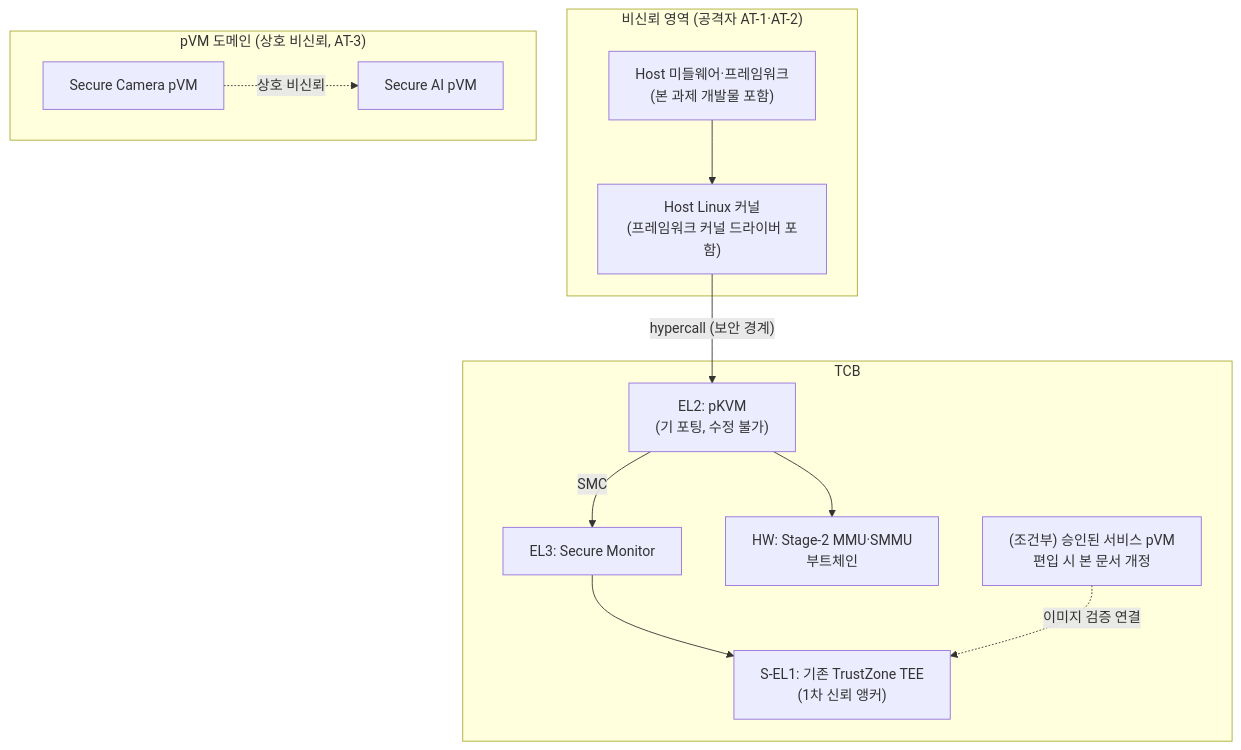
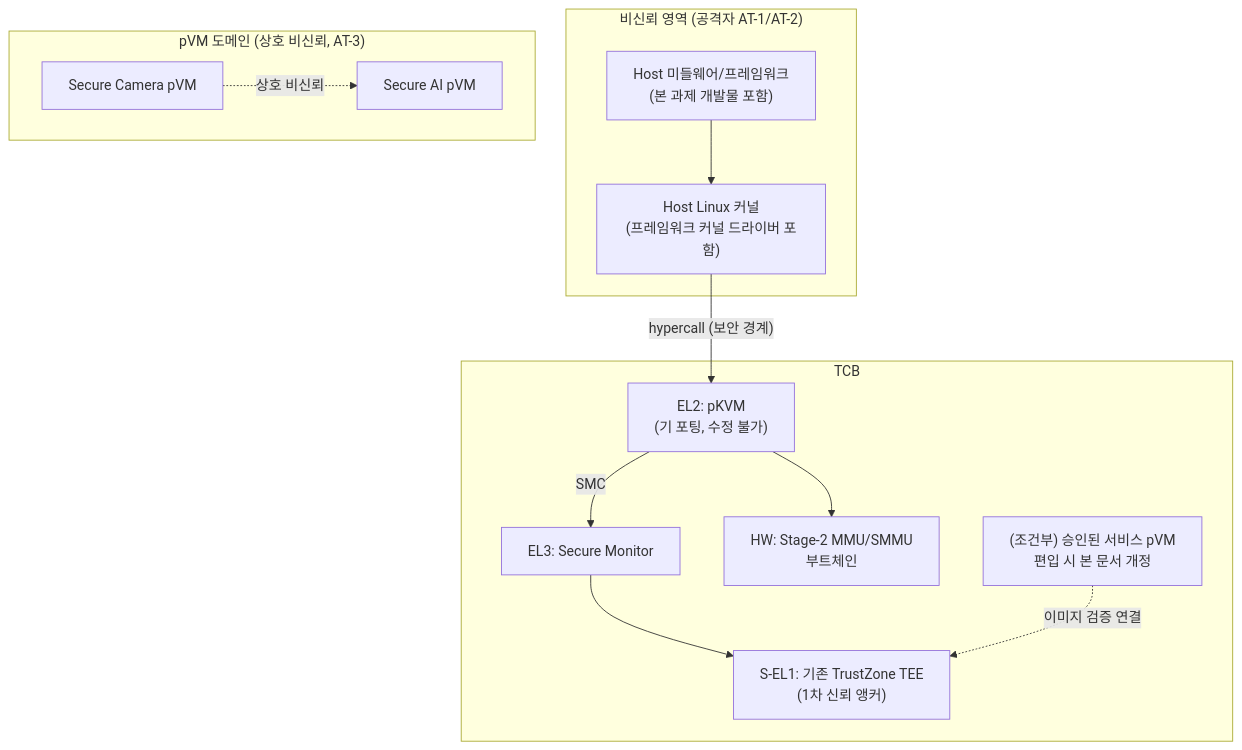
Before and after one commit to boram1288/test-p: the diagram in docs/DP_old/DP-C-01_trust_model.md, drawn with Mermaid. The commit also changed other lines of this file and 29 other files, not shown here.

````diff
--- a/docs/DP_old/DP-C-01_trust_model.md
+++ b/docs/DP_old/DP-C-01_trust_model.md
@@ -177,26 +177,26 @@
 ```mermaid
 flowchart TB
-    subgraph untrusted["비신뢰 영역 (공격자 AT-1·AT-2)"]
-        APP["Host 미들웨어·프레임워크<br/>(본 과제 개발물 포함)"]
+    subgraph untrusted["비신뢰 영역 (공격자 AT-1/AT-2)"]
+        APP["Host 미들웨어/프레임워크<br/>(본 과제 개발물 포함)"]
         KERN["Host Linux 커널<br/>(프레임워크 커널 드라이버 포함)"]
     end
     subgraph pvms["pVM 도메인 (상호 비신뢰, AT-3)"]
         CAM["Secure Camera pVM"]
         AI["Secure AI pVM"]
     end
     subgraph tcb["TCB"]
         EL2["EL2: pKVM<br/>(기 포팅, 수정 불가)"]
         EL3["EL3: Secure Monitor"]
         TEE["S-EL1: 기존 TrustZone TEE<br/>(1차 신뢰 앵커)"]
-        HW["HW: Stage-2 MMU·SMMU<br/>부트체인"]
+        HW["HW: Stage-2 MMU/SMMU<br/>부트체인"]
         SVC["(조건부) 승인된 서비스 pVM<br/>편입 시 본 문서 개정"]
     end
 
     APP --> KERN
     KERN -->|"hypercall (보안 경계)"| EL2
     CAM -.->|"상호 비신뢰"| AI
     EL2 --> HW
     EL2 -->|"SMC"| EL3
     EL3 --> TEE
     SVC -.->|"이미지 검증 연결"| TEE
 ```
````
